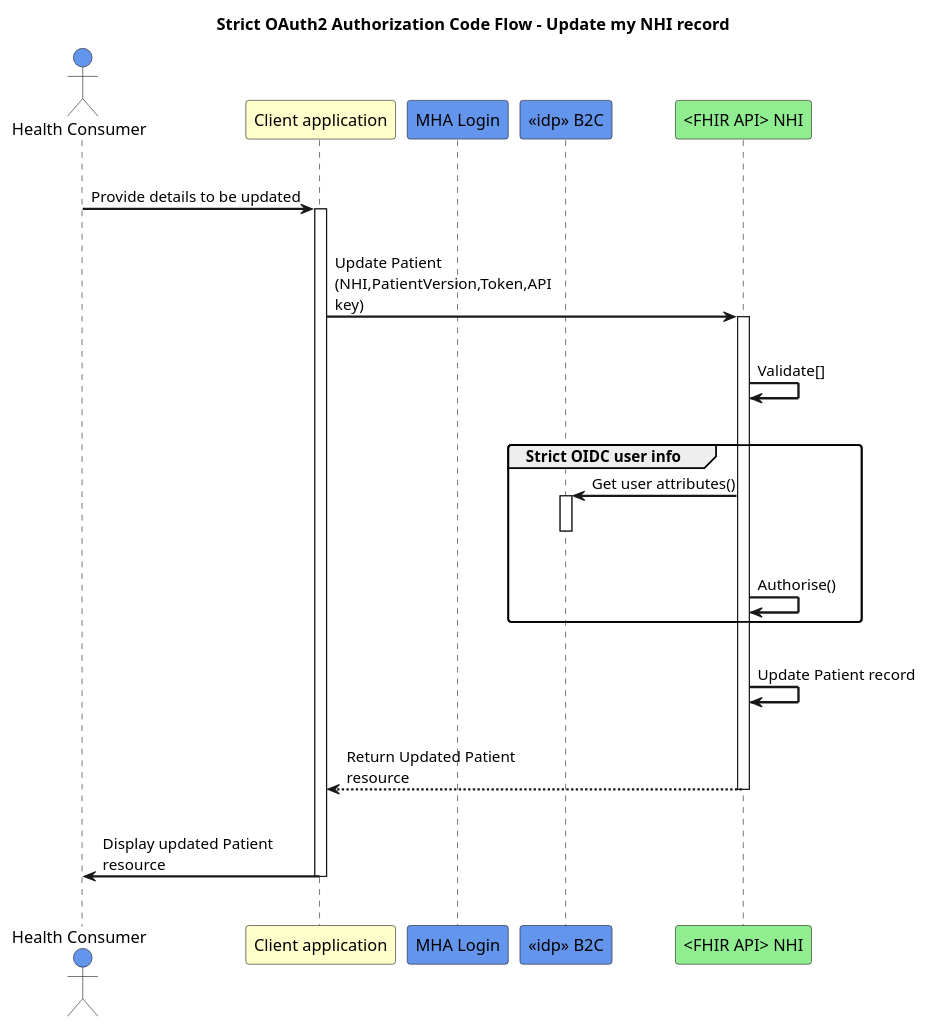
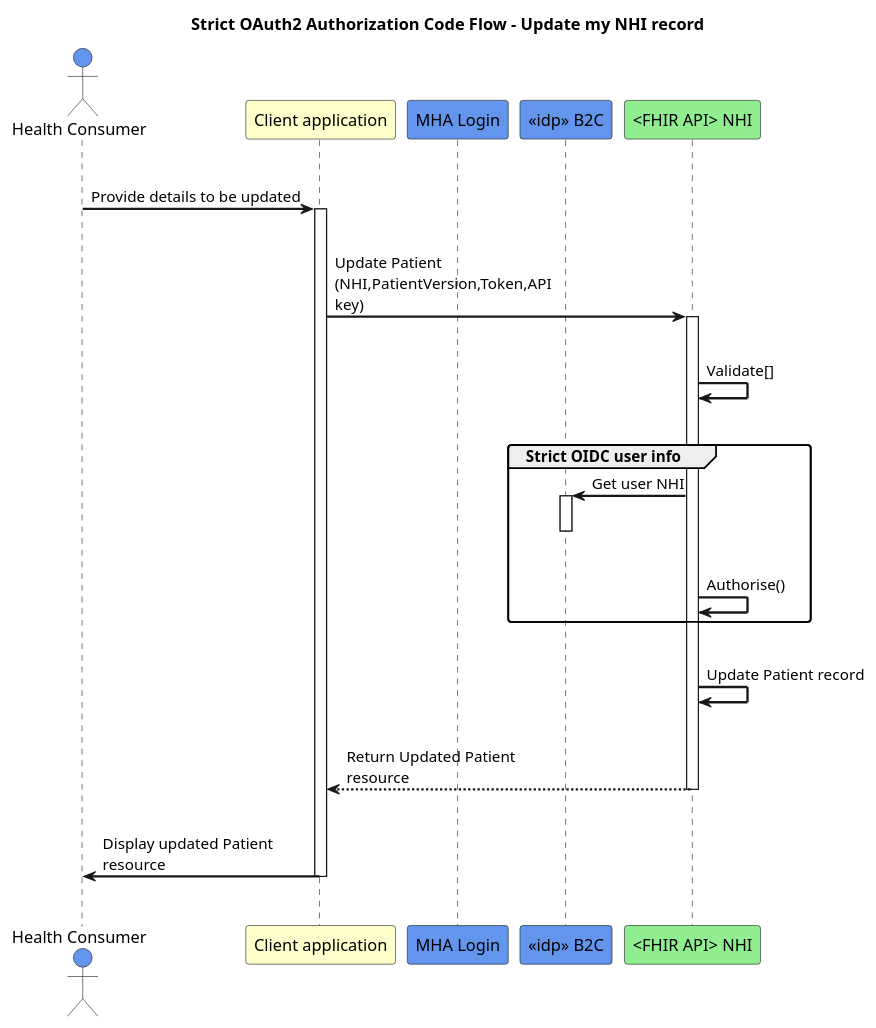
One commit to HL7NZ/nhi changed the diagram in input/images-source/ConsumerAuthUpdateNHI.plantuml. Above: the diagram before and after it, drawn with PlantUML.

```diff
--- a/input/images-source/ConsumerAuthUpdateNHI.plantuml
+++ b/input/images-source/ConsumerAuthUpdateNHI.plantuml
@@ -1,37 +1,37 @@
 @startuml
 skinparam sequenceArrowThickness 2
 skinparam roundcorner 5
 skinparam maxmessagesize 180
 skinparam sequenceParticipant bold
 title Strict OAuth2 Authorization Code Flow - Update my NHI record
 actor "Health Consumer" as User #CornflowerBlue
 participant "Client application" as A #BUSINESS
 participant "MHA Login" as B #CornflowerBlue
 participant "<<idp>> B2C" as C #CornflowerBlue
 participant "<FHIR API> NHI" as D #LightGreen
 |||
 User -> A: Provide details to be updated
 activate A
 |||
 A -> D: Update Patient (NHI,PatientVersion,Token,API key)
 activate D
 |||
 D -> D: Validate[]
 |||
 group Strict OIDC user info
-D -> C: Get user attributes()
+D -> C: Get user NHI
 activate C
 deactivate C
 |||
 D -> D: Authorise()
 end
 |||
 D -> D: Update Patient record
 |||
 D -[dashed]-> A: Return Updated Patient resource
 deactivate D
 |||
 A -> User: Display updated Patient resource
 deactivate A
 |||
 @enduml
```
